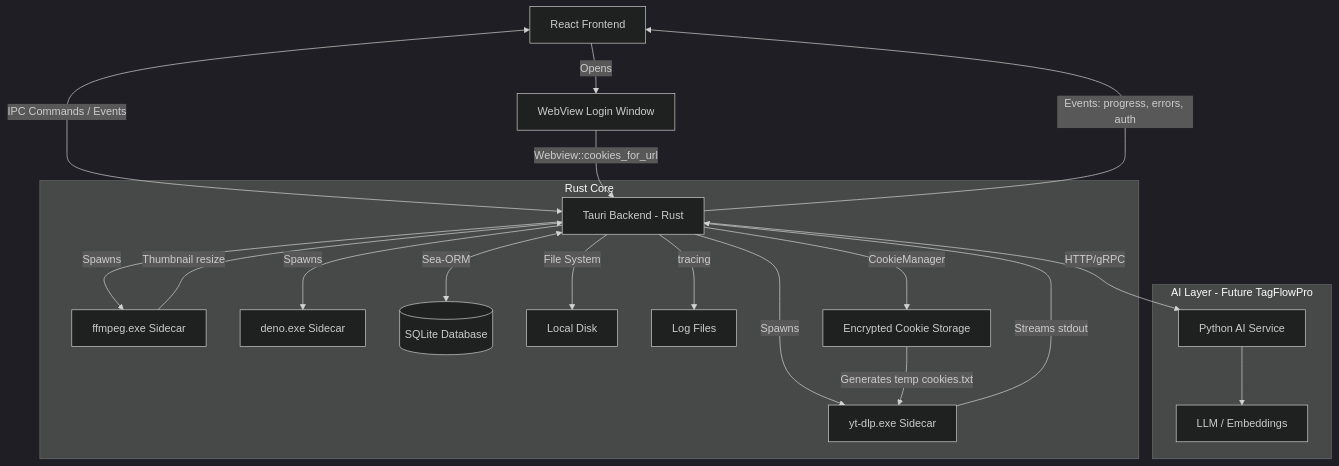
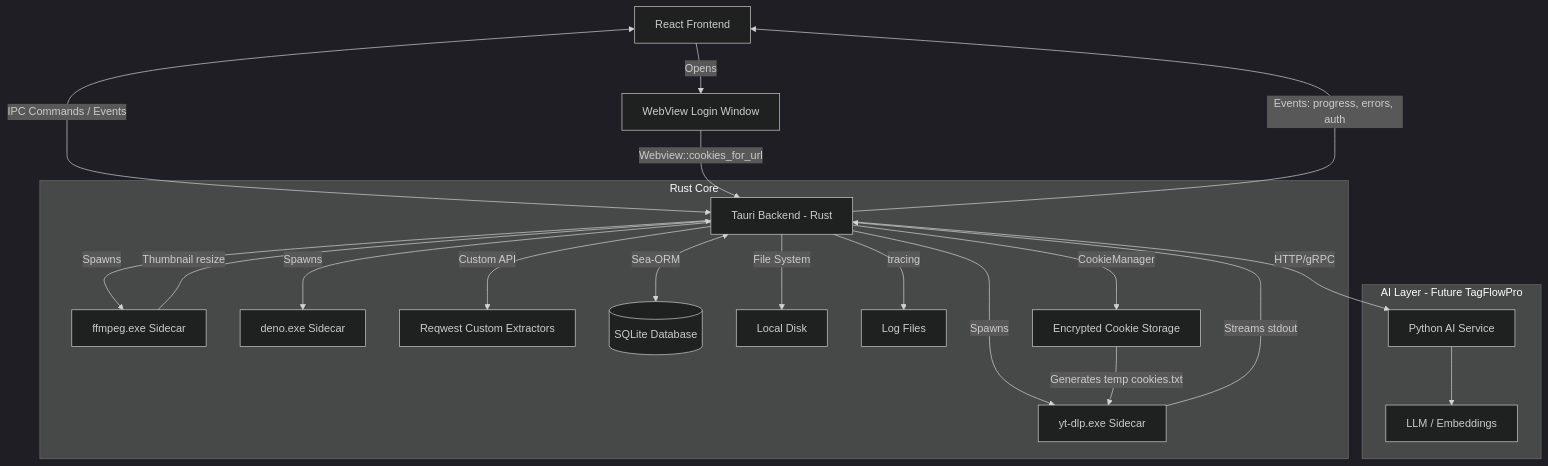
The first of 2 diagrams in docs/02_technical_architecture.md (Zidane0MA/VideoDownloaderPro), drawn with Mermaid (dark theme) before and after one commit. The commit also changed other lines of this file and 17 other files, not shown here.

````diff
--- a/docs/02_technical_architecture.md
+++ b/docs/02_technical_architecture.md
@@ -16,26 +16,27 @@
 ```mermaid
 graph TD
     UI[React Frontend] <-->|IPC Commands / Events| Tauri[Tauri Backend - Rust]
     UI -->|Opens| WV[WebView Login Window]
     
     subgraph "Rust Core"
         Tauri -->|Spawns| YTDLP[yt-dlp.exe Sidecar]
         Tauri -->|Spawns| FFMPEG[ffmpeg.exe Sidecar]
         Tauri -->|Spawns| DENO[deno.exe Sidecar]
+        Tauri -->|Custom API| REQ[Reqwest Custom Extractors]
         Tauri <-->|Sea-ORM| DB[(SQLite Database)]
         Tauri -->|File System| FS[Local Disk]
         Tauri -->|tracing| LOG[Log Files]
         Tauri -->|CookieManager| CM[Encrypted Cookie Storage]
     end
 
     subgraph "AI Layer - Future TagFlowPro"
         Tauri -->|HTTP/gRPC| AI[Python AI Service]
         AI --> LLM[LLM / Embeddings]
     end
 
     WV -->|Webview::cookies_for_url| Tauri
     CM -->|Generates temp cookies.txt| YTDLP
     YTDLP -->|Streams stdout| Tauri
     FFMPEG -->|Thumbnail resize| Tauri
     Tauri -->|Events: progress, errors, auth| UI
 ```
````
